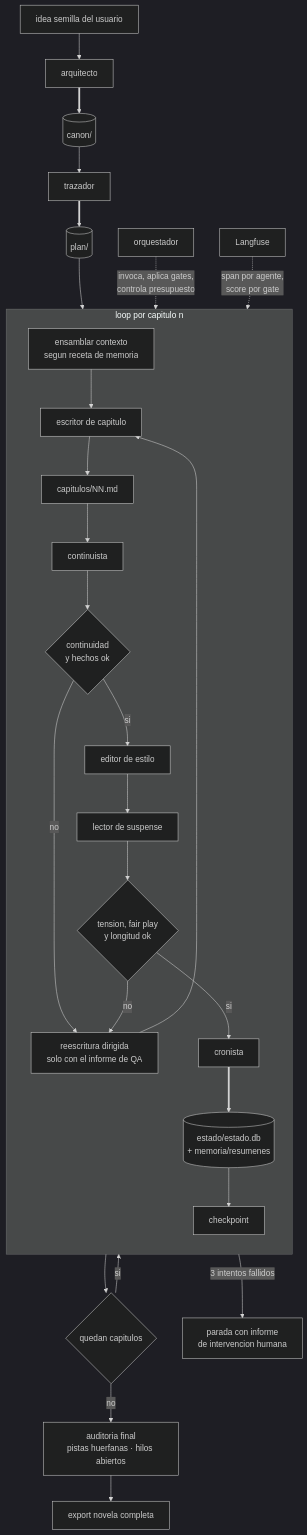
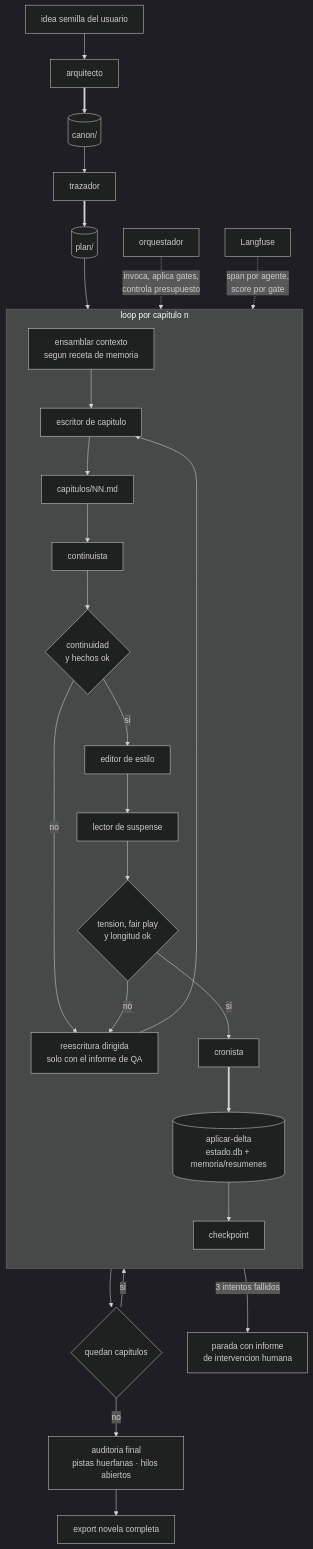
Before and after one commit to 4rtuz/story-maker: the fourth of 6 diagrams in docs/domain-knowledge.md, drawn with Mermaid (dark theme). The commit also changed other lines of this file and 11 other files, not shown here.

````diff
--- a/docs/domain-knowledge.md
+++ b/docs/domain-knowledge.md
@@ -230,36 +230,36 @@
 ```mermaid
 flowchart TD
     S["idea semilla del usuario"] --> ARQ["arquitecto"]
     ARQ ==> CAN[("canon/")]
     CAN --> TRZ["trazador"]
     TRZ ==> PLN[("plan/")]
     PLN --> ENS
 
     subgraph LOOP["loop por capitulo n"]
         direction TB
         ENS["ensamblar contexto<br/>segun receta de memoria"]
         ENS --> ESC["escritor de capitulo"]
         ESC --> CAP["capitulos/NN.md"]
         CAP --> CON["continuista"]
         CON --> G1{"continuidad<br/>y hechos ok"}
         G1 -->|no| FIX["reescritura dirigida<br/>solo con el informe de QA"]
         FIX --> ESC
         G1 -->|si| EDI["editor de estilo"]
         EDI --> LEC["lector de suspense"]
         LEC --> G2{"tension, fair play<br/>y longitud ok"}
         G2 -->|no| FIX
         G2 -->|si| CRO["cronista"]
-        CRO ==> UPD[("estado/estado.db<br/>+ memoria/resumenes")]
+        CRO ==> UPD[("aplicar-delta<br/>estado.db + memoria/resumenes")]
         UPD --> CKP["checkpoint"]
     end
 
     CKP --> G3{"quedan capitulos"}
     G3 -->|si| ENS
     G3 -->|no| AUD["auditoria final<br/>pistas huerfanas · hilos abiertos"]
     AUD --> EXP["export novela completa"]
 
     ORQ["orquestador"] -.->|"invoca, aplica gates,<br/>controla presupuesto"| LOOP
     LF["Langfuse"] -.->|"span por agente,<br/>score por gate"| LOOP
 
     FIX -->|"3 intentos fallidos"| HALT["parada con informe<br/>de intervencion humana"]
 ```
````
